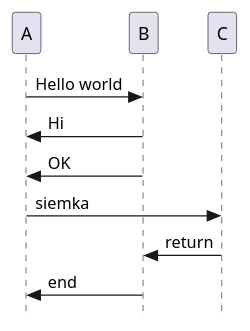
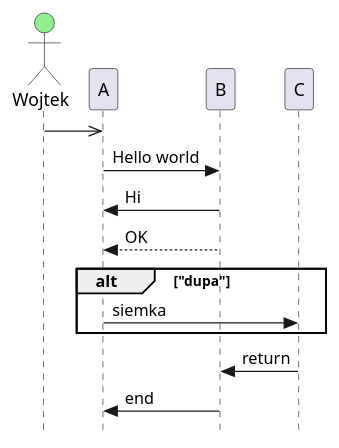
Before and after one commit to sympatiks/test: the diagram in sequence.puml, drawn with PlantUML.

```diff
--- a/sequence.puml
+++ b/sequence.puml
@@ -1,9 +1,13 @@
 @startuml Hello_World
 skinparam Style strictuml
+Actor Wojtek #lightGreen
+Wojtek ->> A
 A -> B : Hello world
 B -> A : Hi
-A <- B : OK
+A <-- B : OK
+alt "dupa"
 A -> C : siemka
+end
 C -> B : return
 B -> A : end
 @enduml
```
